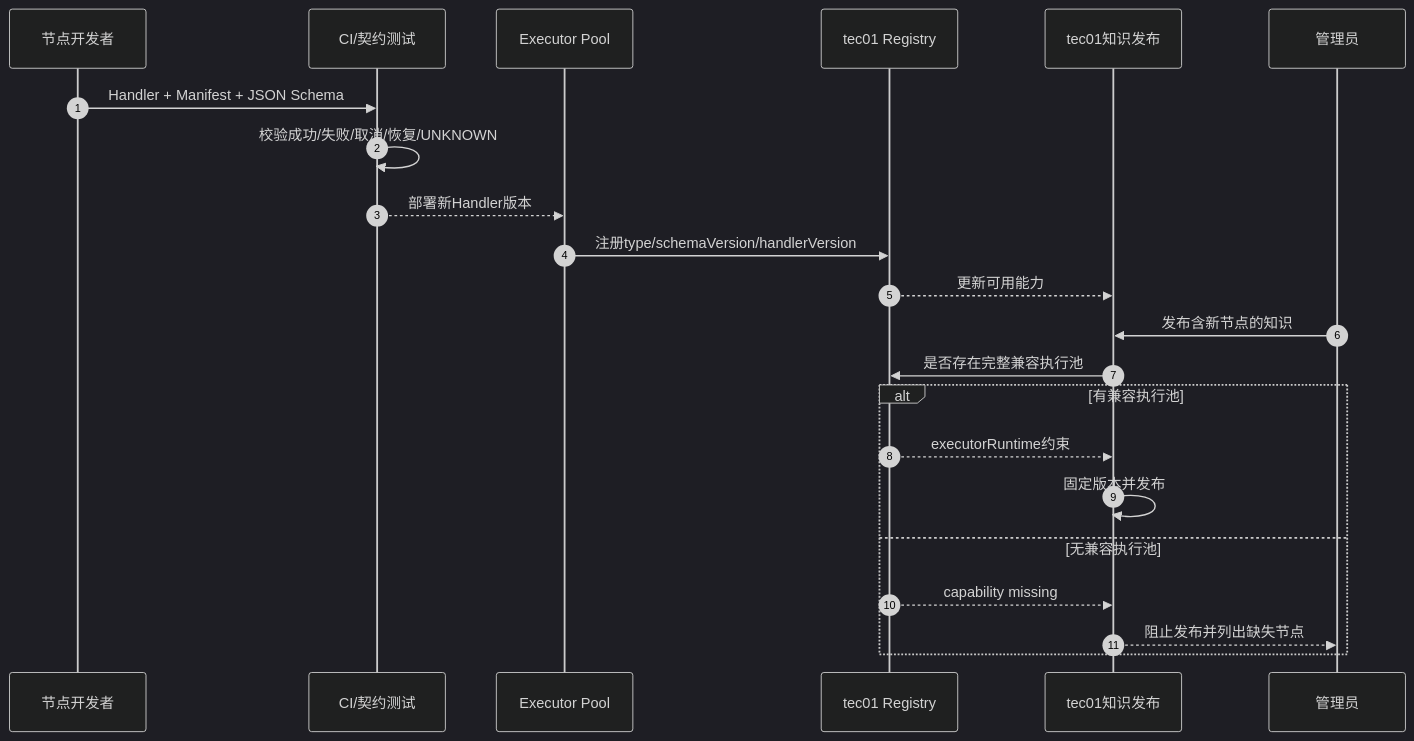
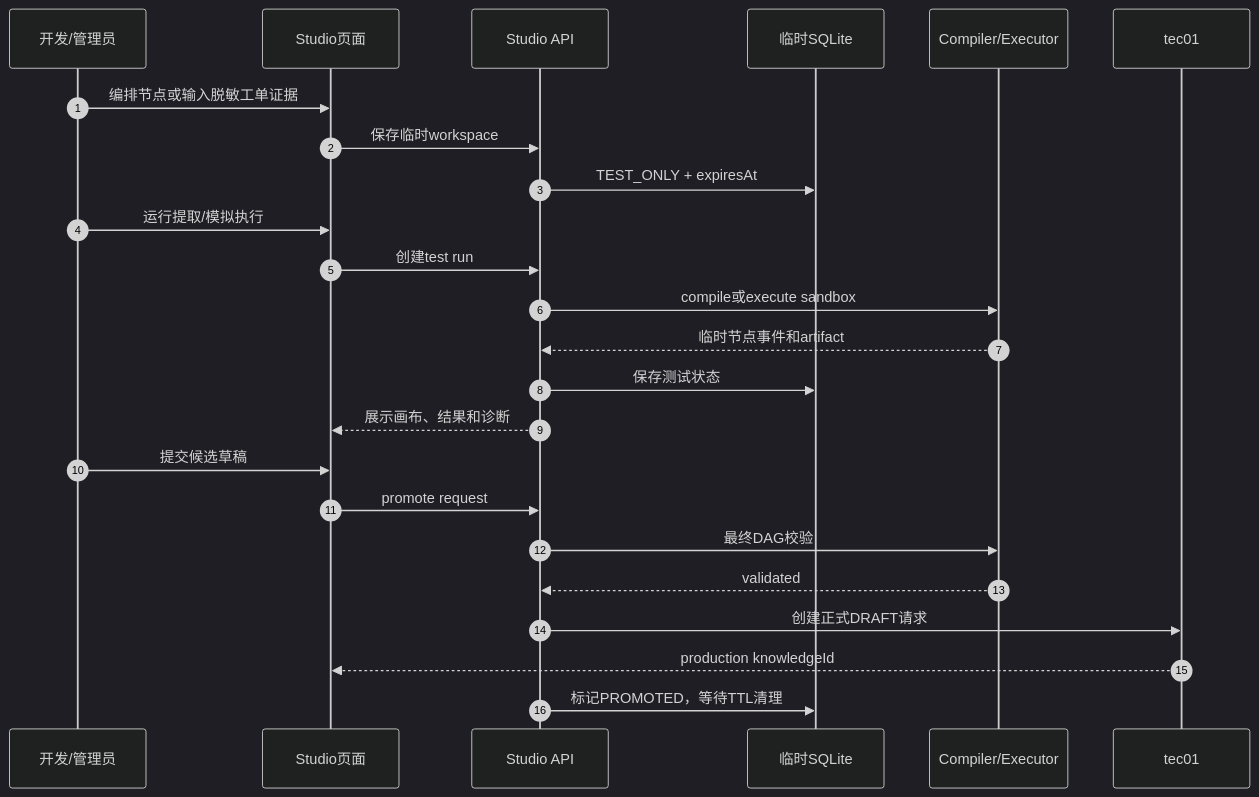
Before and after one commit to armin1024/itsm-workflow: the seventh of 7 diagrams in docs/tec01-control-plane-split.md, drawn with Mermaid (dark theme). The commit also changed other lines of this file and 2 other files, not shown here.

Commit message:
docs: unify workflow compiler registry and executor

````diff
--- a/docs/tec01-control-plane-split.md
+++ b/docs/tec01-control-plane-split.md
@@ -747,25 +516,27 @@
 ```mermaid
 sequenceDiagram
     autonumber
-    participant D as 节点开发者
-    participant CI as CI/契约测试
-    participant E as Executor Pool
-    participant R as tec01 Registry
-    participant K as tec01知识发布
-    participant O as 管理员
+    participant D as 开发/管理员
+    participant UI as Studio页面
+    participant API as Studio API
+    participant DB as 临时SQLite
+    participant R as Compiler/Executor
+    participant T as tec01
 
-    D->>CI: Handler + Manifest + JSON Schema
-    CI->>CI: 校验成功/失败/取消/恢复/UNKNOWN
-    CI-->>E: 部署新Handler版本
-    E->>R: 注册type/schemaVersion/handlerVersion
-    R-->>K: 更新可用能力
-    O->>K: 发布含新节点的知识
-    K->>R: 是否存在完整兼容执行池
-    alt 有兼容执行池
-        R-->>K: executorRuntime约束
-        K->>K: 固定版本并发布
-    else 无兼容执行池
-        R-->>K: capability missing
-        K-->>O: 阻止发布并列出缺失节点
-    end
+    D->>UI: 编排节点或输入脱敏工单证据
+    UI->>API: 保存临时workspace
+    API->>DB: TEST_ONLY + expiresAt
+    D->>UI: 运行提取/模拟执行
+    UI->>API: 创建test run
+    API->>R: compile或execute sandbox
+    R-->>API: 临时节点事件和artifact
+    API->>DB: 保存测试状态
+    API-->>UI: 展示画布、结果和诊断
+    D->>UI: 提交候选草稿
+    UI->>API: promote request
+    API->>R: 最终DAG校验
+    R-->>API: validated
+    API->>T: 创建正式DRAFT请求
+    T-->>UI: production knowledgeId
+    API->>DB: 标记PROMOTED，等待TTL清理
 ```
````
